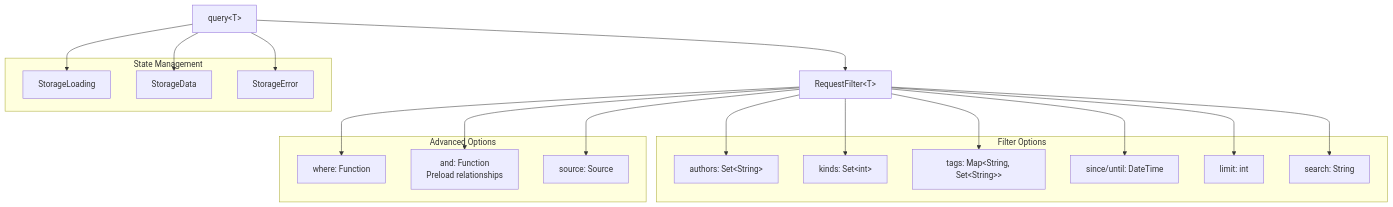
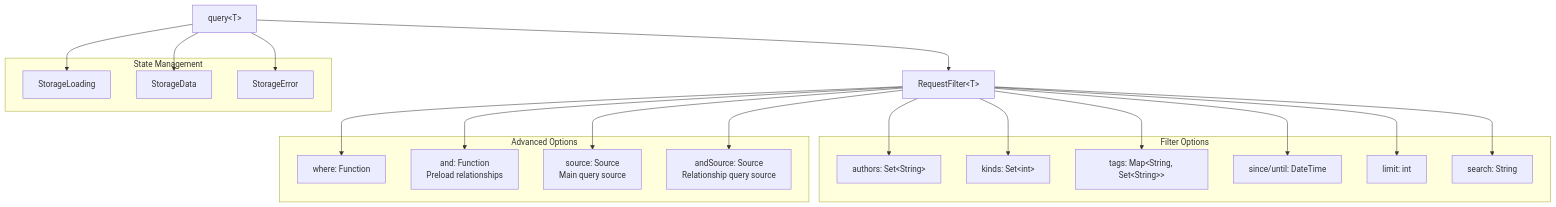
One commit to purplebase/models changed the seventh of 11 diagrams in ARCHITECTURE.md. Above: the diagram before and after it, drawn with Mermaid. The commit also changed other lines of this file and 39 other files, not shown here.

````diff
--- a/ARCHITECTURE.md
+++ b/ARCHITECTURE.md
@@ -221,39 +222,41 @@
 ```mermaid
 graph TB
     QueryFunction[query&lt;T&gt;] --> RequestFilter[RequestFilter&lt;T&gt;]
     
     subgraph "Filter Options"
         Authors[authors: Set&lt;String&gt;]
         Kinds[kinds: Set&lt;int&gt;]
         Tags[tags: Map&lt;String, Set&lt;String&gt;&gt;]
         TimeRange[since/until: DateTime]
         Limit[limit: int]
         Search[search: String]
     end
     
     subgraph "Advanced Options"
         Where[where: Function]
         And[and: Function<br/>Preload relationships]
-        Source[source: Source]
+        Source[source: Source<br/>Main query source]
+        AndSource[andSource: Source<br/>Relationship query source]
     end
     
     RequestFilter --> Authors
     RequestFilter --> Kinds
     RequestFilter --> Tags
     RequestFilter --> TimeRange
     RequestFilter --> Limit
     RequestFilter --> Search
     RequestFilter --> Where
     RequestFilter --> And
     RequestFilter --> Source
+    RequestFilter --> AndSource
     
     subgraph "State Management"
         StorageLoading[StorageLoading]
         StorageData[StorageData]
         StorageError[StorageError]
     end
     
     QueryFunction --> StorageLoading
     QueryFunction --> StorageData
     QueryFunction --> StorageError
 ```
````
